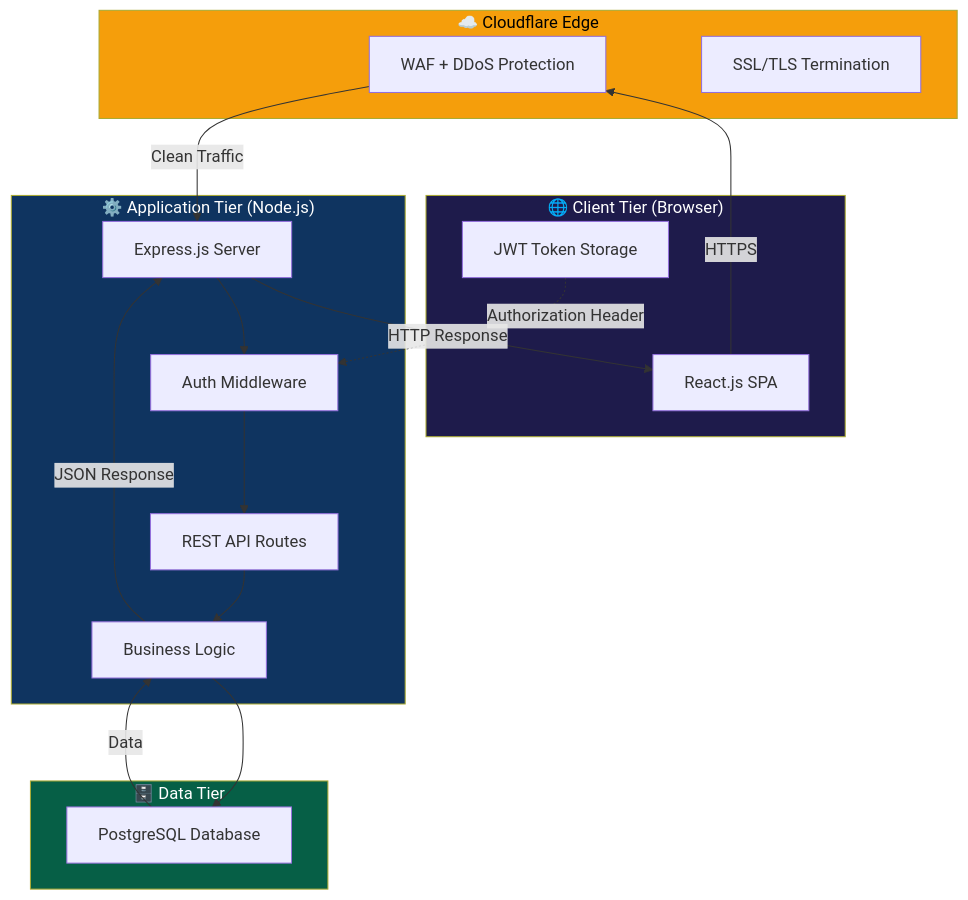
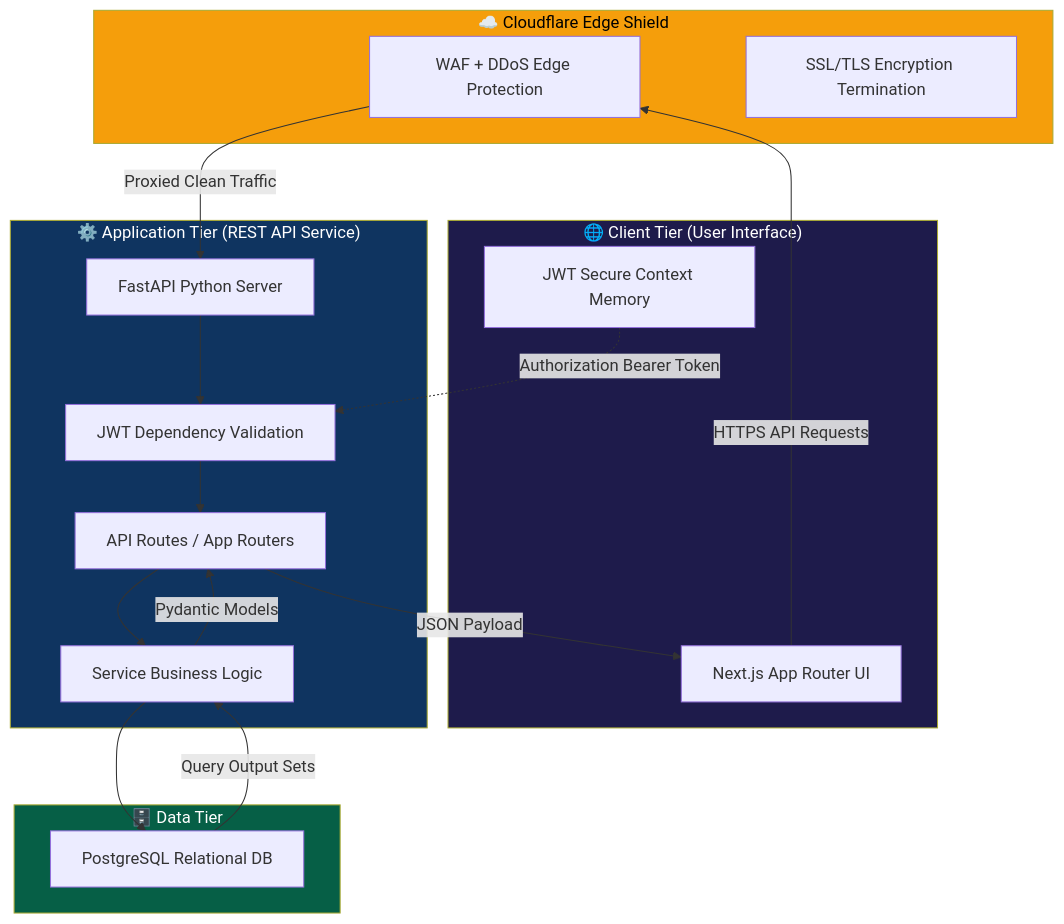
Before and after one commit to algorithnicmind/Bookflow-management: the first of 4 diagrams in docs/04-HLD.md, drawn with Mermaid. The commit also changed other lines of this file and 3 other files, not shown here.

Commit message:
feat: implement FastAPI-based authentication system with JWT, role-based access control, and database models.

````diff
--- a/docs/04-HLD.md
+++ b/docs/04-HLD.md
@@ -13,39 +13,39 @@
 ```mermaid
 graph TB
-    subgraph Security["☁️ Cloudflare Edge"]
-        WAF[WAF + DDoS Protection]
-        SSL[SSL/TLS Termination]
+    subgraph Security["☁️ Cloudflare Edge Shield"]
+        WAF[WAF + DDoS Edge Protection]
+        SSL[SSL/TLS Encryption Termination]
     end
     
-    subgraph Client["🌐 Client Tier (Browser)"]
-        React[React.js SPA]
-        JWT[JWT Token Storage]
+    subgraph Client["🌐 Client Tier (User Interface)"]
+        Next[Next.js App Router UI]
+        JWT[JWT Secure Context Memory]
     end
     
-    subgraph Server["⚙️ Application Tier (Node.js)"]
-        Express[Express.js Server]
-        Auth[Auth Middleware]
-        Routes[REST API Routes]
-        BL[Business Logic]
+    subgraph Server["⚙️ Application Tier (REST API Service)"]
+        FastAPI[FastAPI Python Server]
+        Auth[JWT Dependency Validation]
+        Routes[API Routes / App Routers]
+        BL[Service Business Logic]
     end
     
     subgraph Data["🗄️ Data Tier"]
-        PG[PostgreSQL Database]
+        PG[PostgreSQL Relational DB]
     end
     
-    React -->|HTTPS| WAF
-    WAF -->|Clean Traffic| Express
-    Express --> Auth
+    Next -->|HTTPS API Requests| WAF
+    WAF -->|Proxied Clean Traffic| FastAPI
+    FastAPI --> Auth
     Auth --> Routes
     Routes --> BL
     BL --> PG
-    PG -->|Data| BL
-    BL -->|JSON Response| Express
-    Express -->|HTTP Response| React
-    JWT -.->|Authorization Header| Auth
+    PG -->|Query Output Sets| BL
+    BL -->|Pydantic Models| Routes
+    Routes -->|JSON Payload| Next
+    JWT -.->|Authorization Bearer Token| Auth
     
     style Security fill:#F59E0B,color:#000
     style Client fill:#1e1b4b,color:#fff
     style Server fill:#0f3460,color:#fff
     style Data fill:#065f46,color:#fff
 ```
````
